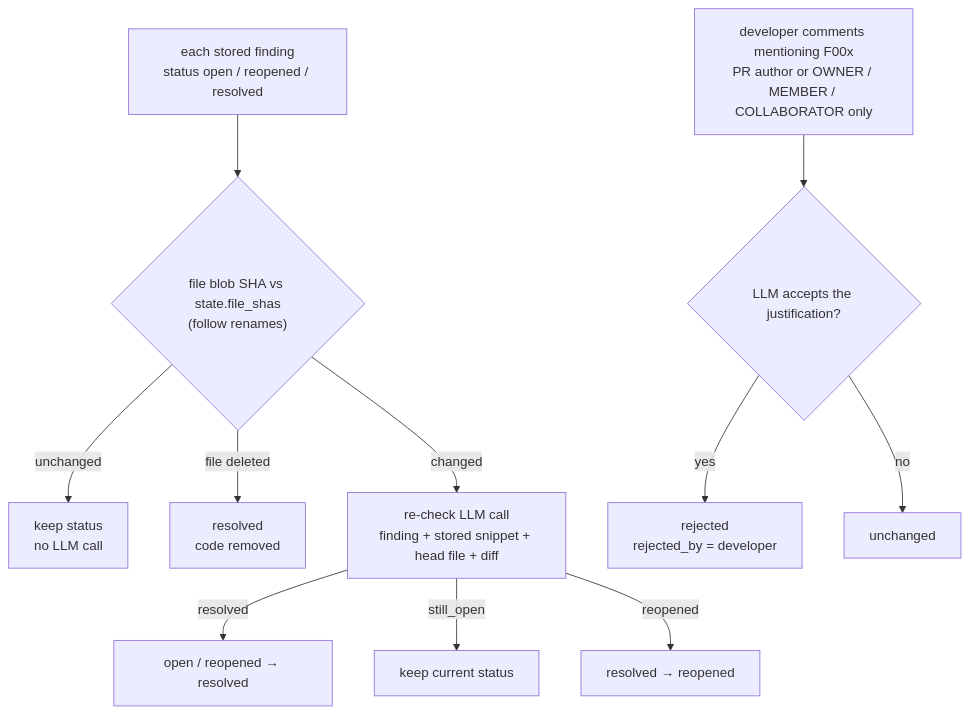
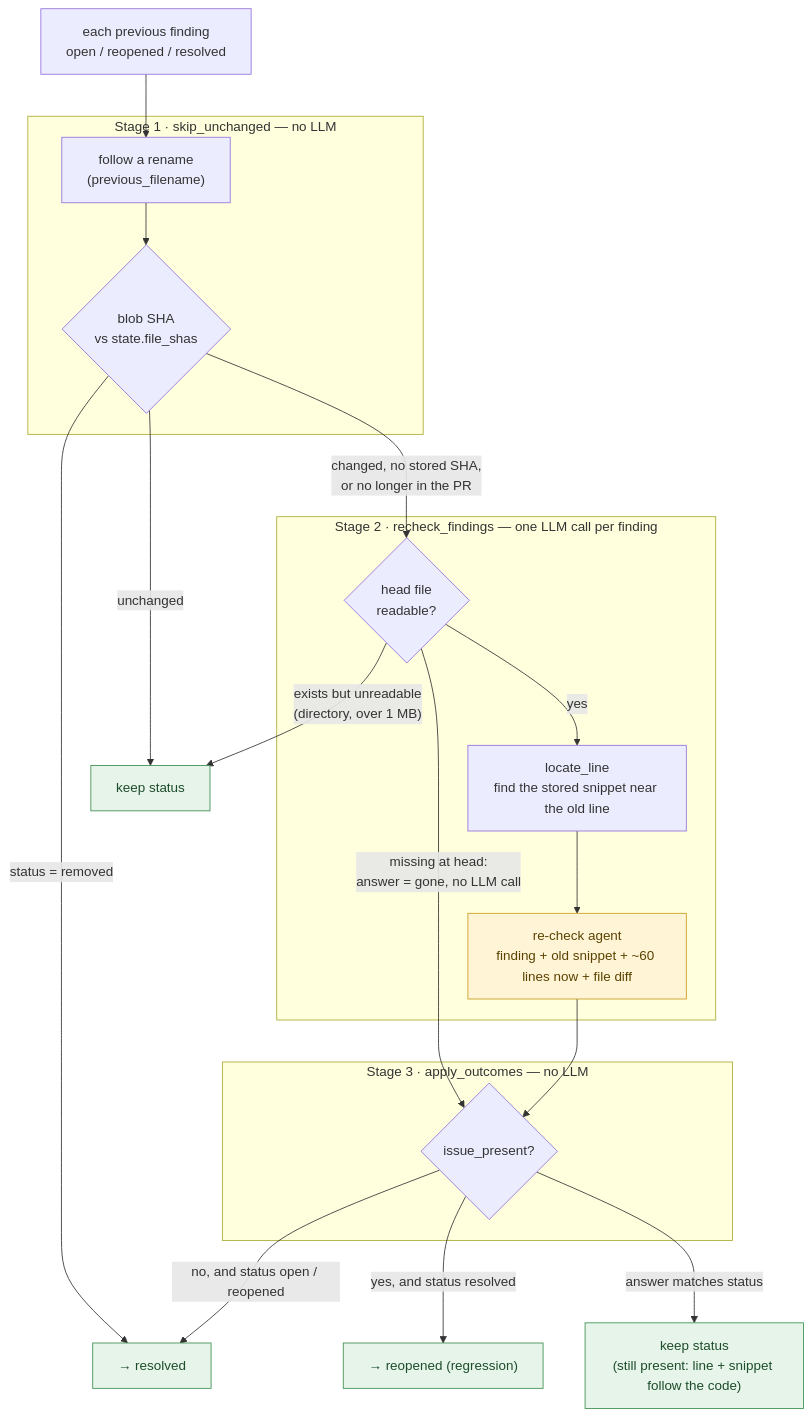
Diagram 11 of 14 in docs/agentic-pr-review-system-design.v1.md (bryanChatsirichai/github_agentic_pr_reviewer), drawn with Mermaid before and after one commit. The commit also changed other lines of this file and 3 other files, not shown here.

Commit message:
Docs: Update architecture and roadmap

````diff
--- a/docs/agentic-pr-review-system-design.v1.md
+++ b/docs/agentic-pr-review-system-design.v1.md
@@ -747,13 +621,38 @@
 ```mermaid
 flowchart TD
-    F["each stored finding<br/>status open / reopened / resolved"] --> D{"file blob SHA vs state.file_shas<br/>(follow renames)"}
-    D -->|unchanged| K["keep status<br/>no LLM call"]
-    D -->|file deleted| RES["resolved<br/>code removed"]
-    D -->|changed| L["re-check LLM call<br/>finding + stored snippet + head file + diff"]
-    L -->|resolved| T1["open / reopened → resolved"]
-    L -->|still_open| K2["keep current status"]
-    L -->|reopened| T2["resolved → reopened"]
-    X["developer comments mentioning F00x<br/>PR author or OWNER / MEMBER / COLLABORATOR only"] --> J{"LLM accepts the justification?"}
-    J -->|yes| REJ["rejected<br/>rejected_by = developer"]
-    J -->|no| K3[unchanged]
+    F["each previous finding<br/>open / reopened / resolved"]
+
+    subgraph S1 ["Stage 1 · skip_unchanged — no LLM"]
+        RN["follow a rename<br/>(previous_filename)"] --> D{"blob SHA<br/>vs state.file_shas"}
+    end
+
+    subgraph S2 ["Stage 2 · recheck_findings — one LLM call per finding"]
+        HF{"head file<br/>readable?"} -->|yes| LOC["locate_line<br/>find the stored snippet near the old line"]
+        LOC --> L["re-check agent<br/>finding + old snippet + ~60 lines now + file diff"]
+    end
+
+    subgraph S3 ["Stage 3 · apply_outcomes — no LLM"]
+        V{"issue_present?"}
+    end
+
+    F --> RN
+    D -->|unchanged| KEEP
+    D -->|"status = removed"| RES
+    D -->|"changed, no stored SHA,<br/>or no longer in the PR"| HF
+    HF -->|"exists but unreadable<br/>(directory, over 1 MB)"| KEEP
+    HF -->|"missing at head:<br/>answer = gone, no LLM call"| V
+    L --> V
+    V -->|"no, and status open / reopened"| RES
+    V -->|"yes, and status resolved"| REO
+    V -->|"answer matches status"| KEEP2
+
+    KEEP["keep status"]
+    KEEP2["keep status<br/>(still present: line + snippet follow the code)"]
+    RES["→ resolved"]
+    REO["→ reopened (regression)"]
+
+    classDef llm fill:#fff4d6,stroke:#c99a1d,color:#5a4300
+    classDef outcome fill:#e6f4ea,stroke:#3c8d4f,color:#1d4d2a
+    class L llm
+    class KEEP,KEEP2,RES,REO outcome
 ```
````
